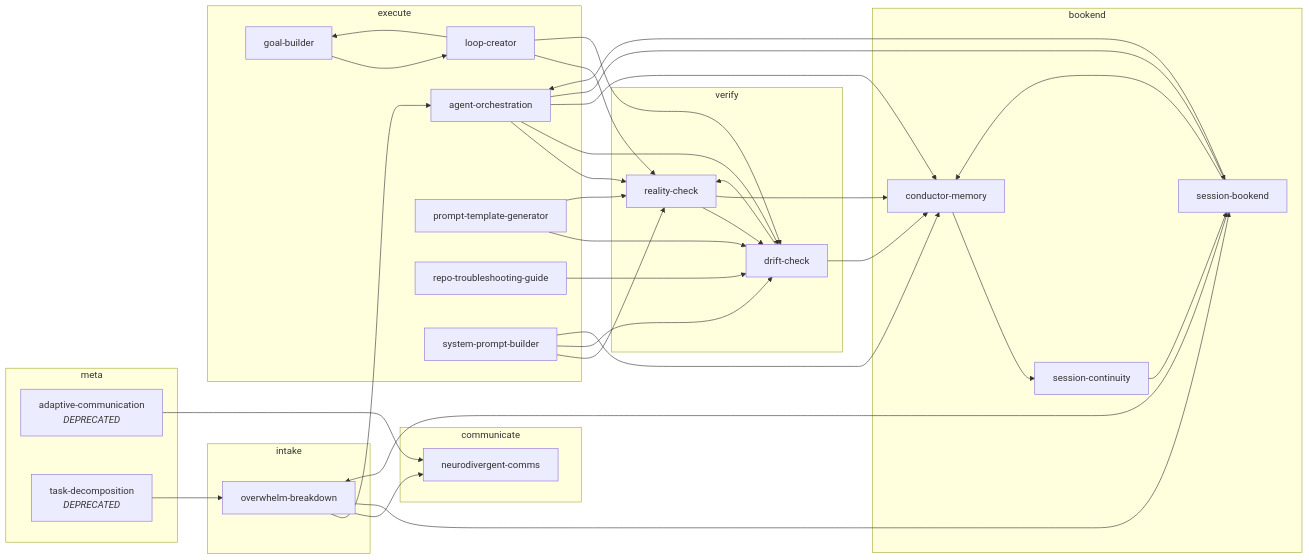
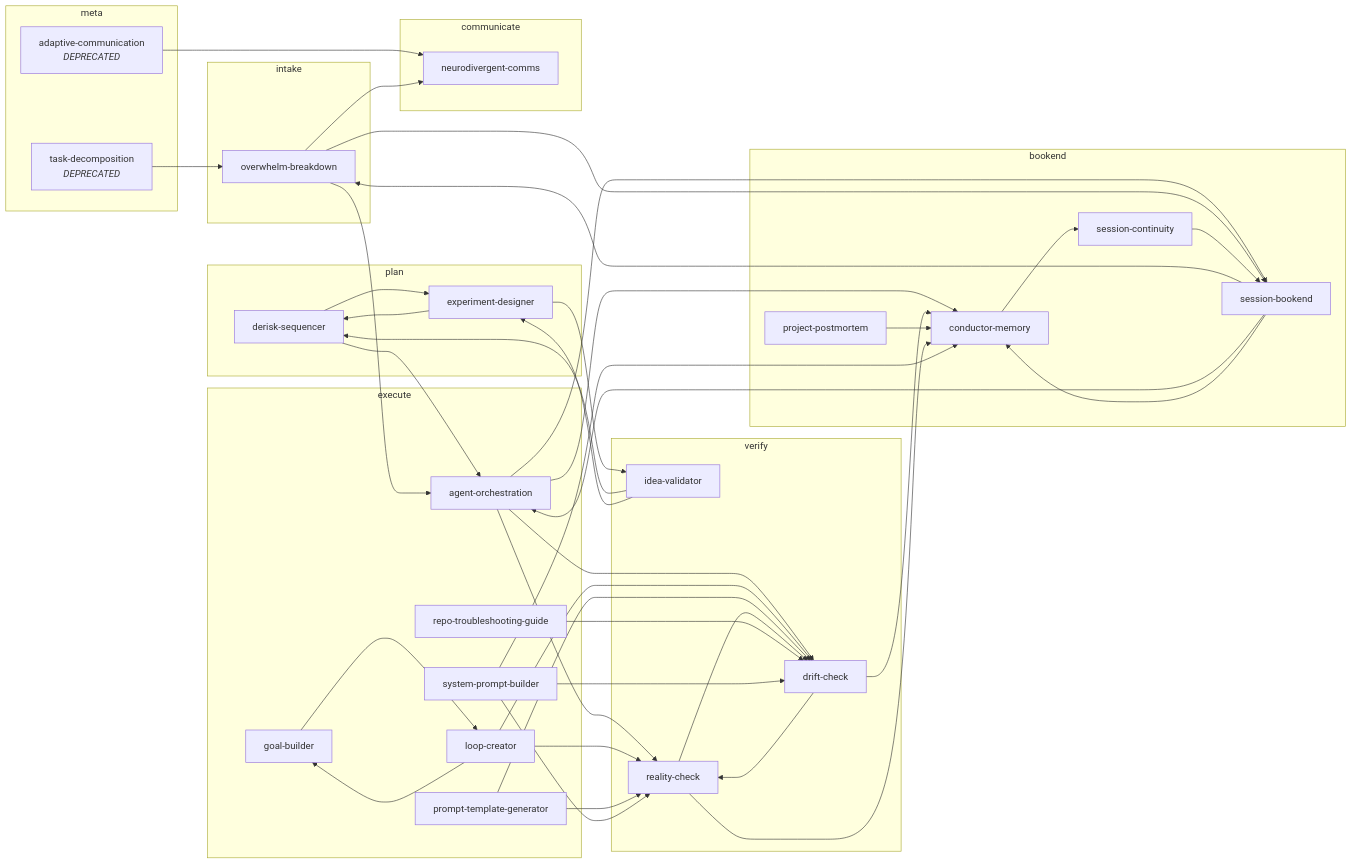
The diagram in skill-graph.md (scoobydrew83/skills), drawn with Mermaid before and after one commit. The commit also changed other lines of this file and 8 other files, not shown here.

First line of the commit message:
Add new skills: falsifiability linter, idea validator, and project postmortem

````diff
--- a/skill-graph.md
+++ b/skill-graph.md
@@ -28,58 +31,71 @@
 ```mermaid
 graph LR
   subgraph intake
     overwhelm-breakdown
+  end
+  subgraph plan
+    derisk-sequencer
+    experiment-designer
   end
   subgraph execute
     agent-orchestration
     goal-builder
     loop-creator
     prompt-template-generator
     repo-troubleshooting-guide
     system-prompt-builder
   end
   subgraph verify
     drift-check
+    idea-validator
     reality-check
   end
   subgraph communicate
     neurodivergent-comms
   end
   subgraph bookend
     conductor-memory
+    project-postmortem
     session-bookend
     session-continuity
   end
   subgraph meta
     adaptive-communication["adaptive-communication<br/><i>DEPRECATED</i>"]
     task-decomposition["task-decomposition<br/><i>DEPRECATED</i>"]
   end
   adaptive-communication --> neurodivergent-comms
   agent-orchestration --> reality-check
   agent-orchestration --> drift-check
   agent-orchestration --> conductor-memory
   agent-orchestration --> session-bookend
   conductor-memory --> session-continuity
+  derisk-sequencer --> experiment-designer
+  derisk-sequencer --> agent-orchestration
   drift-check --> reality-check
   drift-check --> conductor-memory
+  experiment-designer --> idea-validator
+  experiment-designer --> derisk-sequencer
   goal-builder --> loop-creator
+  idea-validator --> derisk-sequencer
+  idea-validator --> experiment-designer
   loop-creator --> reality-check
   loop-creator --> drift-check
   loop-creator --> goal-builder
   overwhelm-breakdown --> agent-orchestration
   overwhelm-breakdown --> neurodivergent-comms
   overwhelm-breakdown --> session-bookend
+  project-postmortem --> conductor-memory
   prompt-template-generator --> drift-check
   prompt-template-generator --> reality-check
   reality-check --> drift-check
   reality-check --> conductor-memory
   repo-troubleshooting-guide --> drift-check
   session-bookend --> overwhelm-breakdown
   session-bookend --> agent-orchestration
   session-bookend --> conductor-memory
   session-continuity --> session-bookend
   system-prompt-builder --> reality-check
   system-prompt-builder --> drift-check
   system-prompt-builder --> conductor-memory
   task-decomposition --> overwhelm-breakdown
 ```
````
